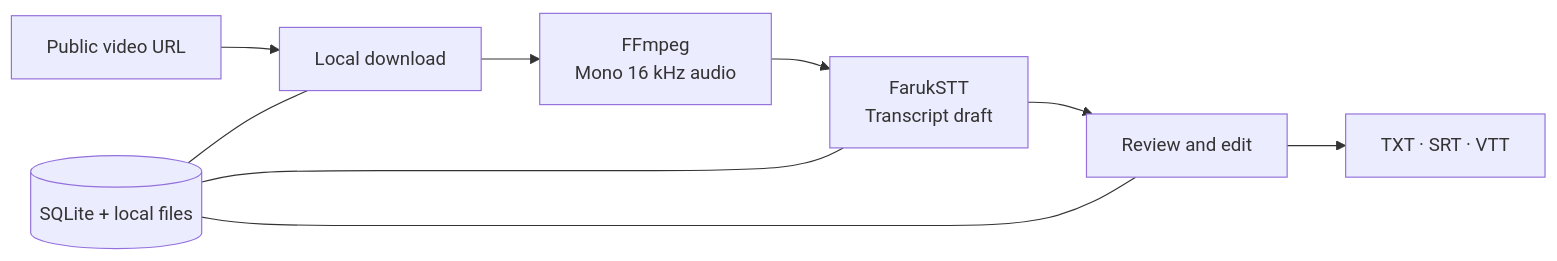
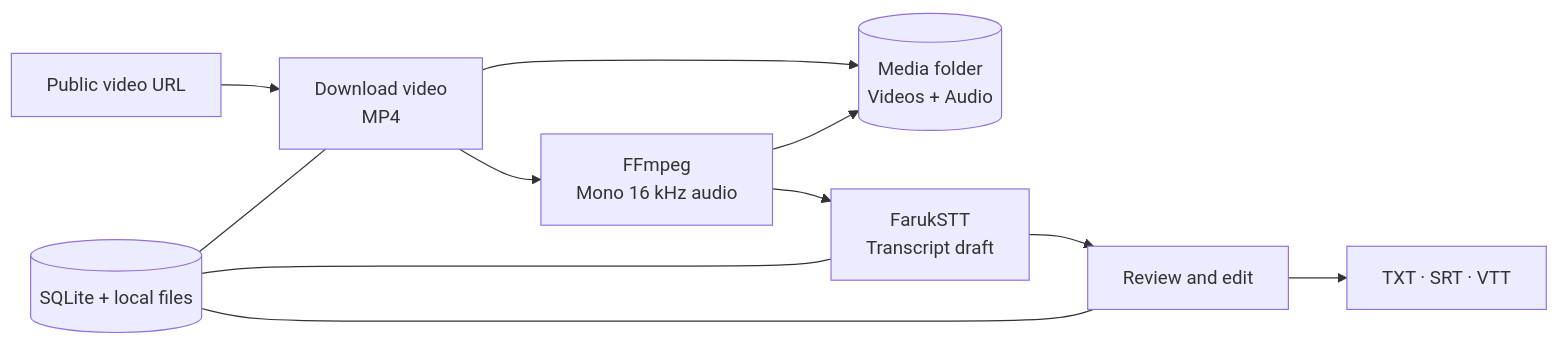
Before and after one commit to imemdev/reel-machine: the diagram in README.md, drawn with Mermaid. The commit also changed other lines of this file and 20 other files, not shown here.

First line of the commit message:
Add YouTube support, full video downloads, and an organized media folder

````diff
--- a/README.md
+++ b/README.md
@@ -203,11 +230,13 @@
 ```mermaid
 flowchart LR
-    A[Public video URL] --> B[Local download]
+    A[Public video URL] --> B["Download video<br/>MP4"]
     B --> C["FFmpeg<br/>Mono 16 kHz audio"]
+    B --> M[("Media folder<br/>Videos + Audio")]
+    C --> M
     C --> D["FarukSTT<br/>Transcript draft"]
     D --> E[Review and edit]
     E --> F[TXT · SRT · VTT]
     G[(SQLite + local files)] --- B
     G --- D
     G --- E
 ```
````
